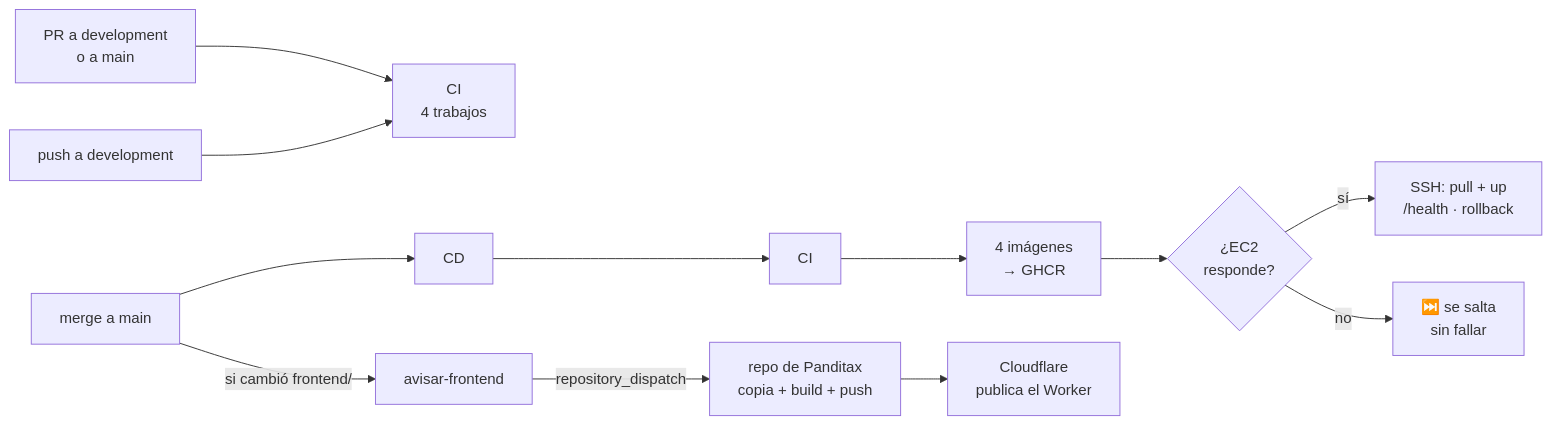
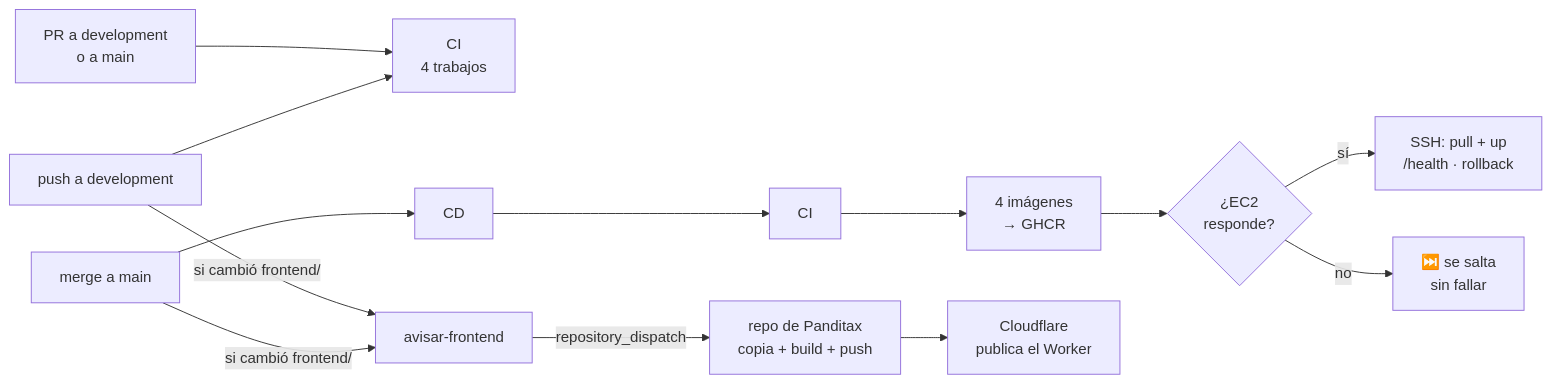
One commit to Martinnnn-ops/cacha-el-precio changed the diagram in docs/CICD.md. Above: the diagram before and after it, drawn with Mermaid. The commit also changed other lines of this file and 5 other files, not shown here.

````diff
--- a/docs/CICD.md
+++ b/docs/CICD.md
@@ -22,14 +24,15 @@
 ```mermaid
 flowchart LR
     PR["PR a development<br/>o a main"] --> CI["CI<br/>4 trabajos"]
     D["push a development"] --> CI
     M["merge a main"] --> CD["CD"]
-    M -->|"si cambió frontend/"| AV["avisar-frontend"]
+    D -->|"si cambió frontend/"| AV["avisar-frontend"]
+    M -->|"si cambió frontend/"| AV
 
     CD --> CI2["CI"] --> IMG["4 imágenes<br/>→ GHCR"] --> Q{"¿EC2<br/>responde?"}
     Q -- sí --> DEP["SSH: pull + up<br/>/health · rollback"]
     Q -- no --> SK["⏭️ se salta<br/>sin fallar"]
 
     AV -->|"repository_dispatch"| FR["repo de Panditax<br/>copia + build + push"]
     FR --> CF["Cloudflare<br/>publica el Worker"]
 ```
````
